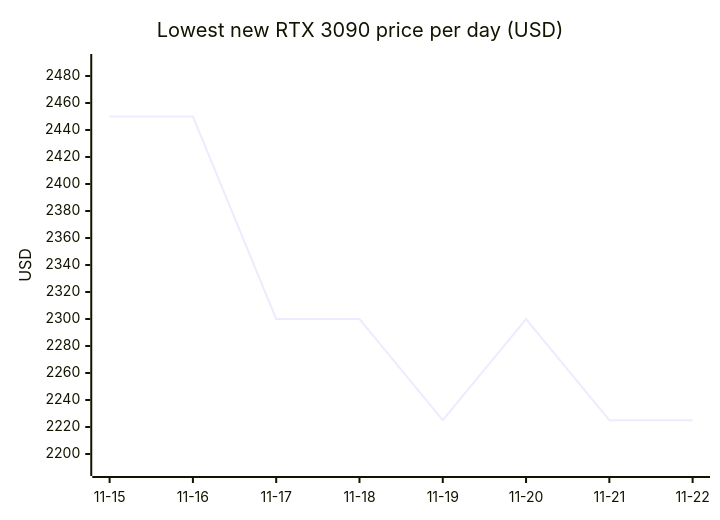
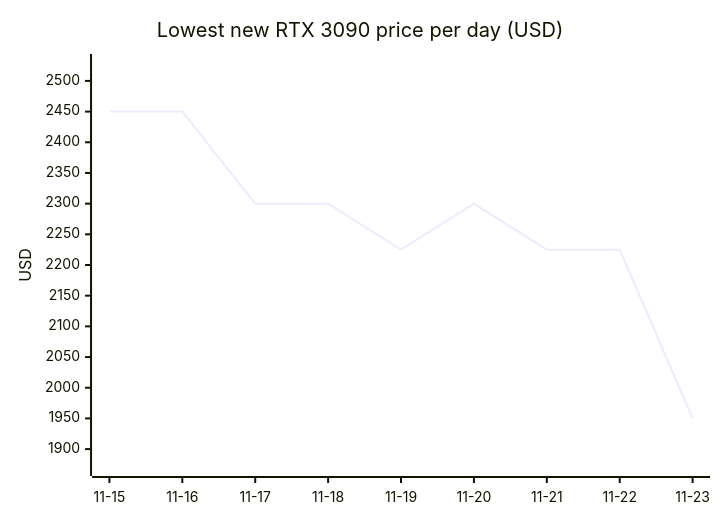
Before and after one commit to 7324136828/4tb_ssd_price_watch: the ninth of 18 diagrams in README.md, drawn with Mermaid. The commit also changed other lines of this file, not shown here.

````diff
--- a/README.md
+++ b/README.md
@@ -851,7 +887,7 @@
 ```mermaid
 xychart-beta
     title "Lowest new RTX 3090 price per day (USD)"
-    x-axis ["11-15", "11-16", "11-17", "11-18", "11-19", "11-20", "11-21", "11-22"]
-    y-axis "USD" 2190 --> 2490
-    line [2450.00, 2450.00, 2300.00, 2300.00, 2225.00, 2300.00, 2225.00, 2225.00]
+    x-axis ["11-15", "11-16", "11-17", "11-18", "11-19", "11-20", "11-21", "11-22", "11-23"]
+    y-axis "USD" 1870 --> 2530
+    line [2450.00, 2450.00, 2300.00, 2300.00, 2225.00, 2300.00, 2225.00, 2225.00, 1950.00]
 ```
````
